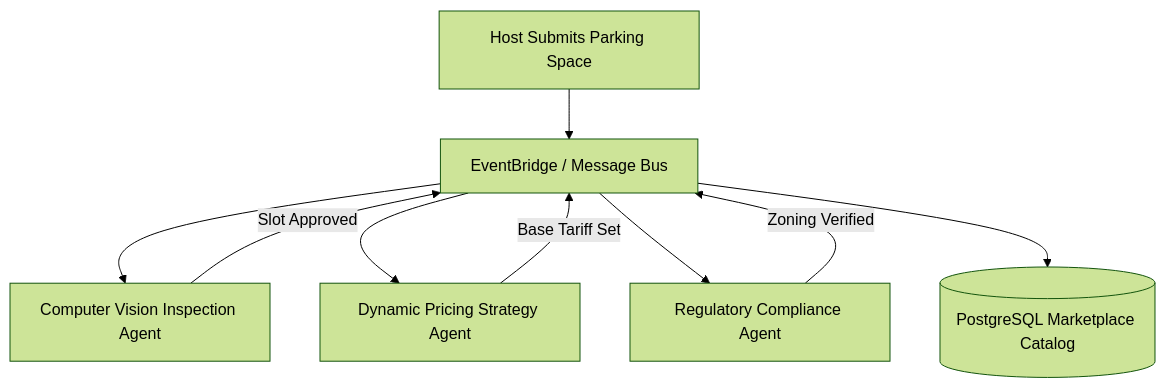
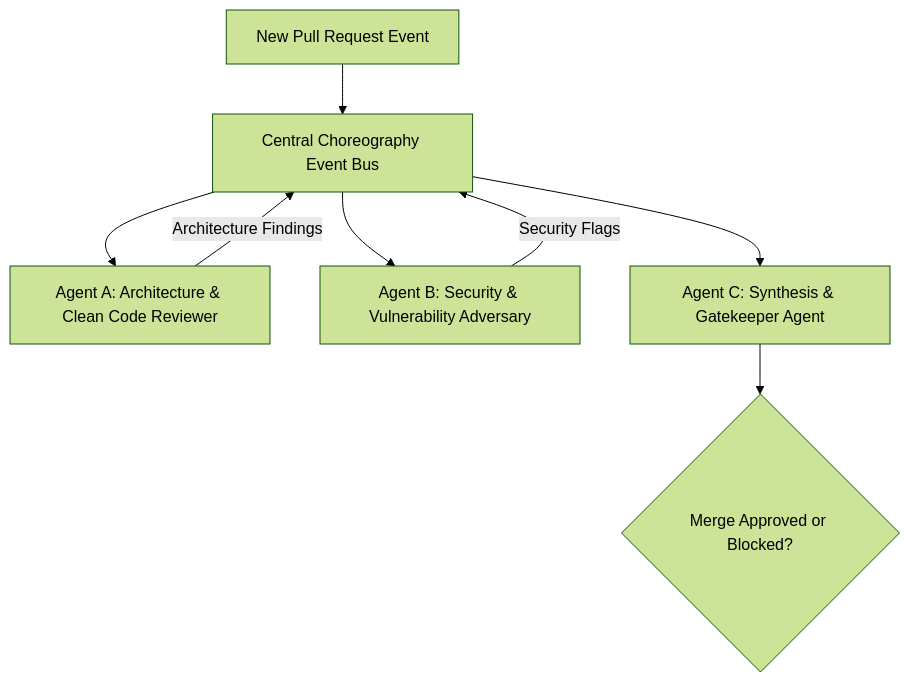
One commit to MasterZ1311/Dev-AURA changed the diagram in docs/engineering-principles/05-autonomous-multi-agent-choreography/event-driven-architectures.md. Above: the diagram before and after it, drawn with Mermaid (forest theme). The commit also changed other lines of this file and 21 other files, not shown here.

````diff
--- a/docs/engineering-principles/05-autonomous-multi-agent-choreography/event-driven-architectures.md
+++ b/docs/engineering-principles/05-autonomous-multi-agent-choreography/event-driven-architectures.md
@@ -7,11 +45,10 @@
 ```mermaid
 flowchart TD
-    HostListing[Host Submits Parking Space] --> EventBus[EventBridge / Message Bus]
-    EventBus --> Agent1[Computer Vision Inspection Agent]
-    EventBus --> Agent2[Dynamic Pricing Strategy Agent]
-    EventBus --> Agent3[Regulatory Compliance Agent]
-    Agent1 -->|Slot Approved| EventBus
-    Agent2 -->|Base Tariff Set| EventBus
-    Agent3 -->|Zoning Verified| EventBus
-    EventBus --> DB[(PostgreSQL Marketplace Catalog)]
+    PR[New Pull Request Event] --> EventBus[Central Choreography Event Bus]
+    EventBus --> Agent1[Agent A: Architecture & Clean Code Reviewer]
+    EventBus --> Agent2[Agent B: Security & Vulnerability Adversary]
+    Agent1 -->|Architecture Findings| EventBus
+    Agent2 -->|Security Flags| EventBus
+    EventBus --> Synthesizer[Agent C: Synthesis & Gatekeeper Agent]
+    Synthesizer --> Decision{Merge Approved or Blocked?}
 ```
````
